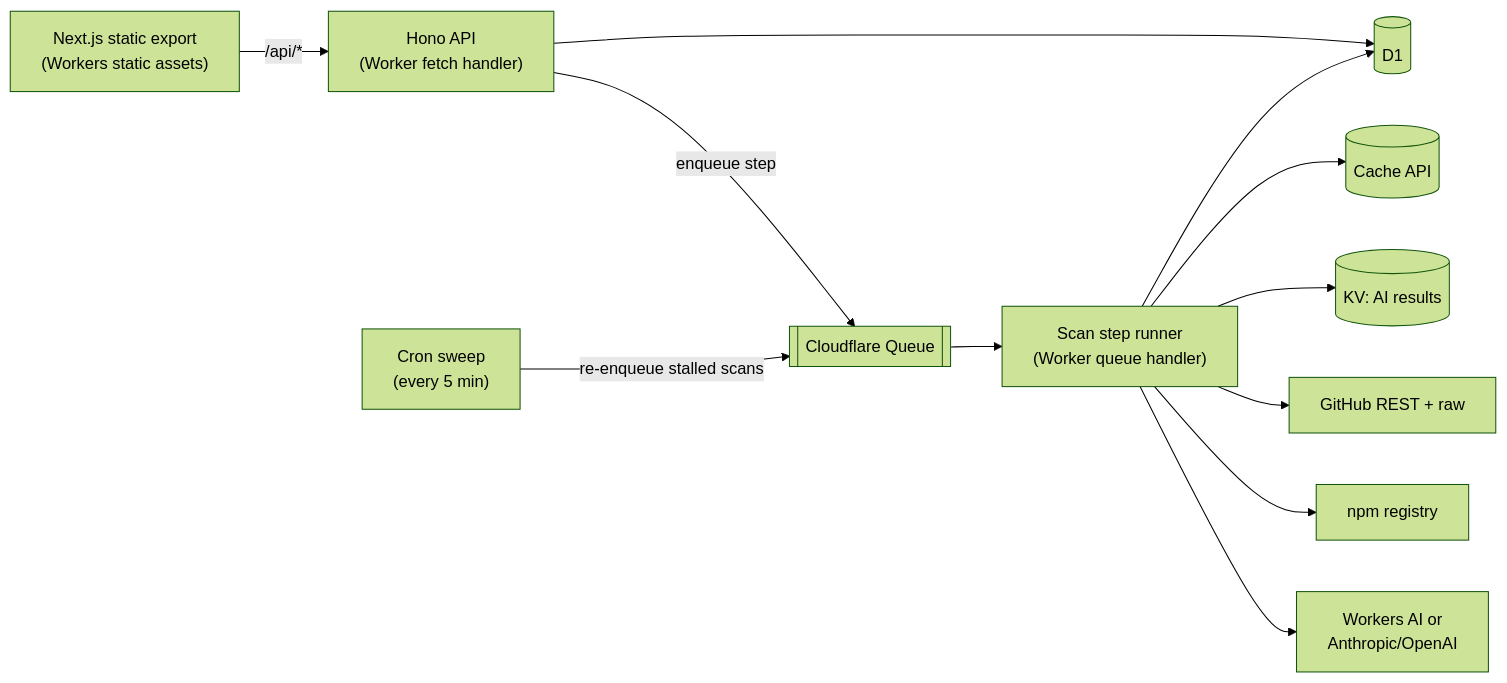
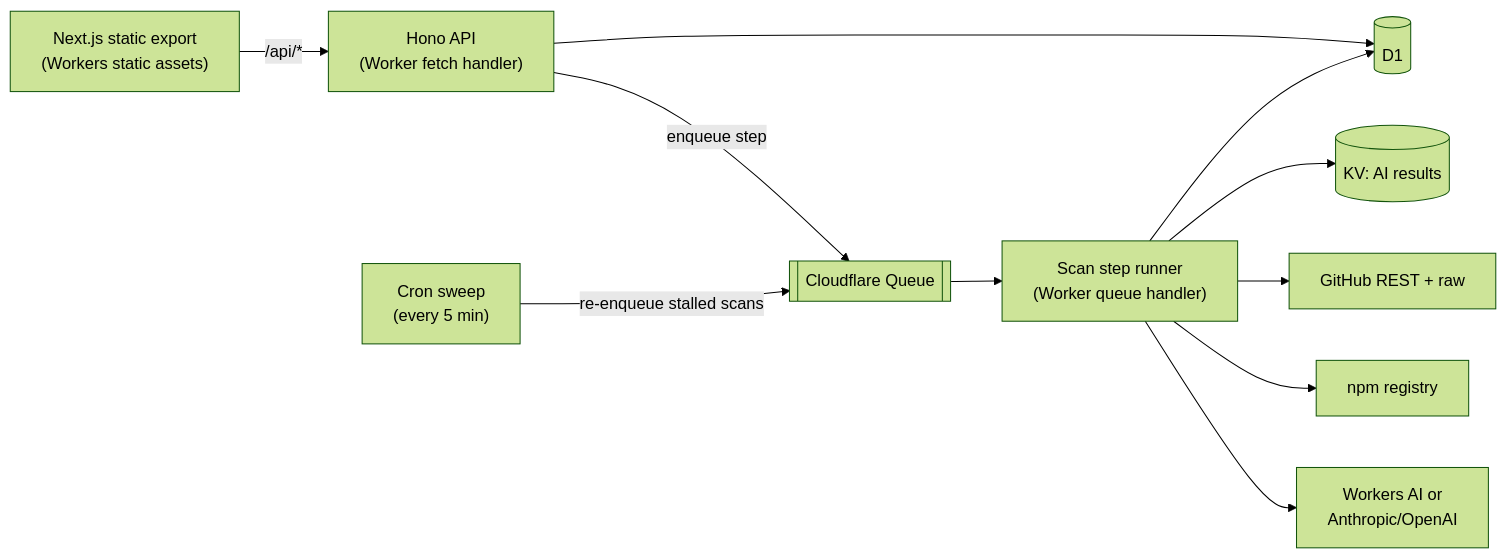
One commit to UmanshSarabhai/UpgradePilot changed the first of 2 diagrams in docs/ARCHITECTURE.md. Above: the diagram before and after it, drawn with Mermaid (forest theme). The commit also changed other lines of this file and 30 other files, not shown here.

````diff
--- a/docs/ARCHITECTURE.md
+++ b/docs/ARCHITECTURE.md
@@ -26,14 +27,13 @@
 ```mermaid
 flowchart LR
   UI["Next.js static export<br/>(Workers static assets)"] -->|"/api/*"| API["Hono API<br/>(Worker fetch handler)"]
   API --> D1[(D1)]
   API -->|enqueue step| Q[[Cloudflare Queue]]
   Q --> RUN["Scan step runner<br/>(Worker queue handler)"]
   CRON["Cron sweep<br/>(every 5 min)"] -->|re-enqueue stalled scans| Q
   RUN --> D1
-  RUN --> CACHE[(Cache API)]
   RUN --> KV[(KV: AI results)]
   RUN --> GH[GitHub REST + raw]
   RUN --> NPM[npm registry]
   RUN --> AI[Workers AI or<br/>Anthropic/OpenAI]
 ```
````
